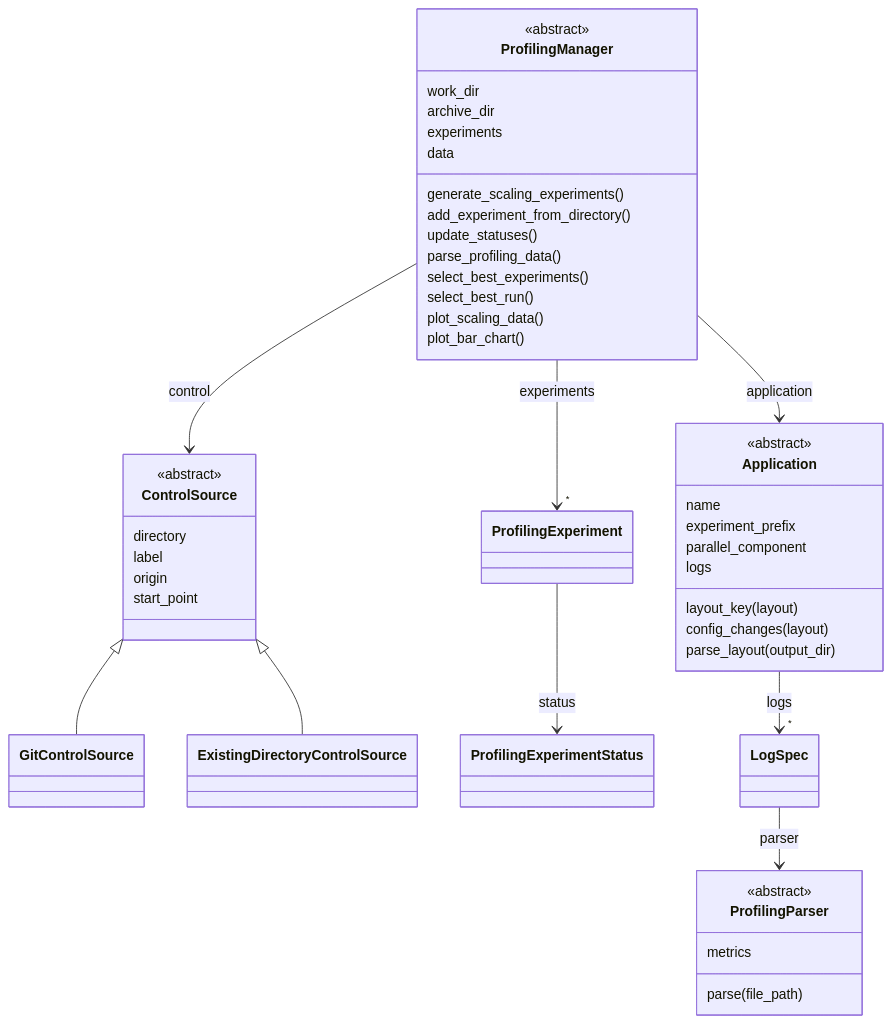
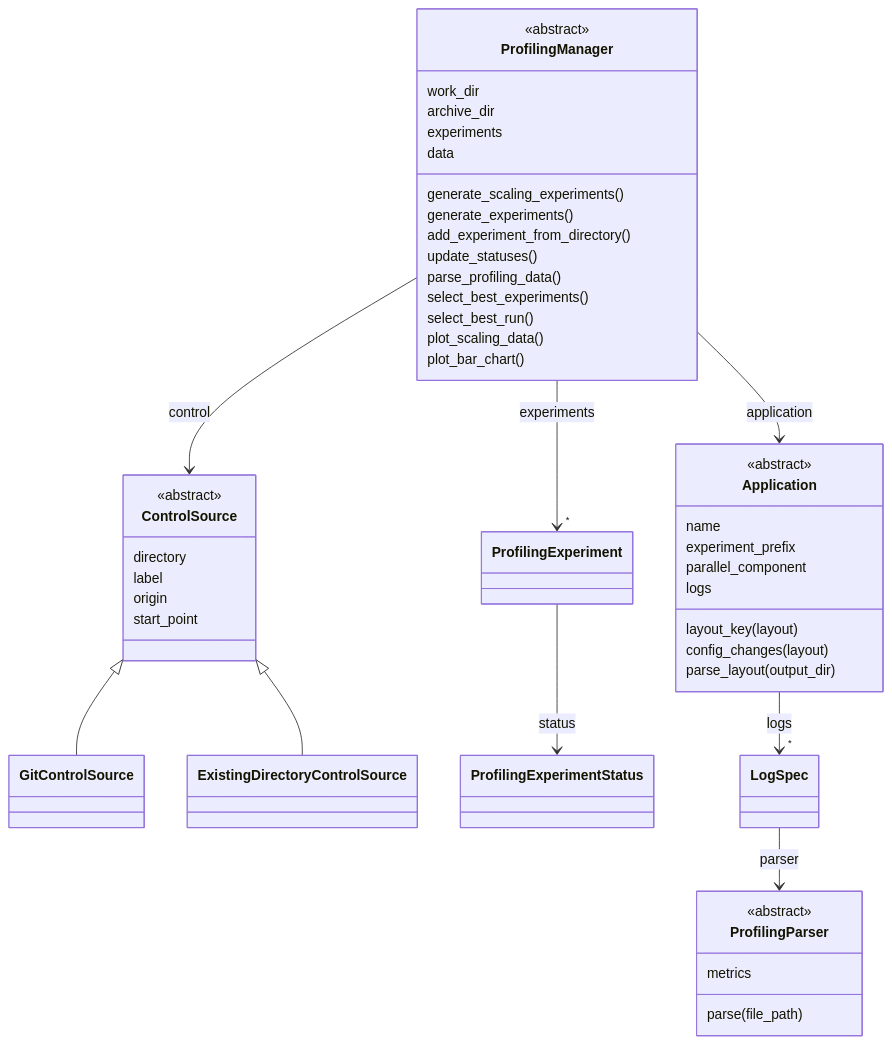
Before and after one commit to ACCESS-NRI/access-profiling: the first of 3 diagrams in documentation/docs/pages/developer-guide/index.md, drawn with Mermaid. The commit also changed other lines of this file and 22 other files, not shown here.

````diff
--- a/documentation/docs/pages/developer-guide/index.md
+++ b/documentation/docs/pages/developer-guide/index.md
@@ -29,53 +29,54 @@
 ```mermaid
 classDiagram
     direction TB
     class ProfilingManager {
         <<abstract>>
         work_dir
         archive_dir
         experiments
         data
         generate_scaling_experiments()
+        generate_experiments()
         add_experiment_from_directory()
         update_statuses()
         parse_profiling_data()
         select_best_experiments()
         select_best_run()
         plot_scaling_data()
         plot_bar_chart()
     }
 
     class Application {
         <<abstract>>
         name
         experiment_prefix
         parallel_component
         logs
         layout_key(layout)
         config_changes(layout)
         parse_layout(output_dir)
     }
 
     class ControlSource {
         <<abstract>>
         directory
         label
         origin
         start_point
     }
     ControlSource <|-- GitControlSource
     ControlSource <|-- ExistingDirectoryControlSource
 
     class ProfilingParser {
         <<abstract>>
         metrics
         parse(file_path)
     }
 
     ProfilingManager --> Application : application
     ProfilingManager --> ControlSource : control
     ProfilingManager --> "*" ProfilingExperiment : experiments
     ProfilingExperiment --> ProfilingExperimentStatus : status
     Application --> "*" LogSpec : logs
     LogSpec --> ProfilingParser : parser
 ```
````
